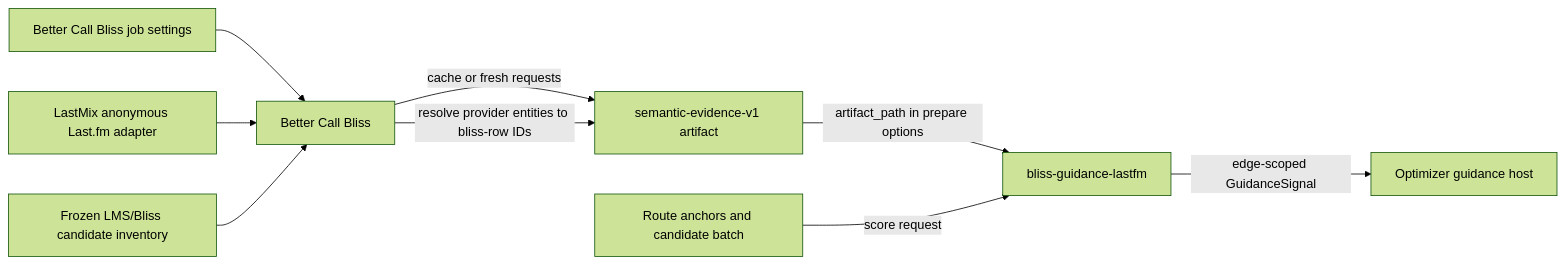
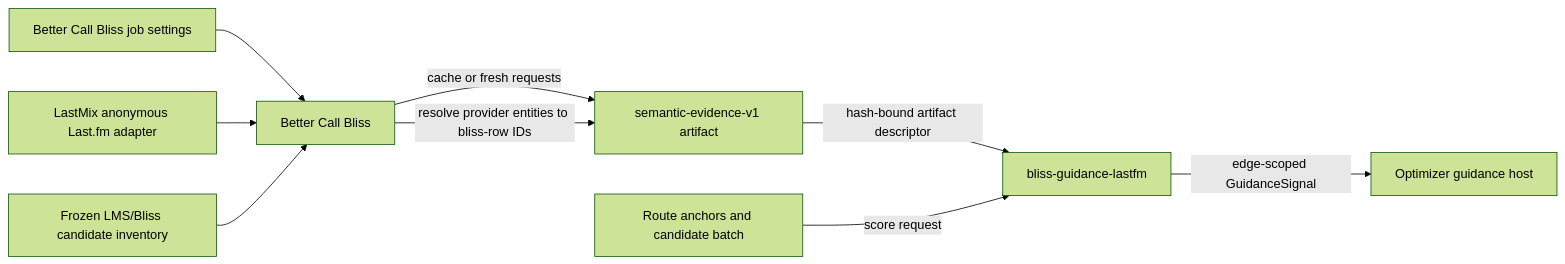
The diagram in README.md (chrober/bliss-guidance-lastfm), drawn with Mermaid (forest theme) before and after one commit. The commit also changed other lines of this file and 2 other files, not shown here.

Commit message:
feat: consume Last.fm artifacts through guidance SPI v2

````diff
--- a/README.md
+++ b/README.md
@@ -15,11 +15,11 @@
 ```mermaid
 flowchart LR
     S[Better Call Bliss job settings] --> B[Better Call Bliss]
     L[LastMix anonymous Last.fm adapter] --> B
     B -->|cache or fresh requests| E[semantic-evidence-v1 artifact]
     I[Frozen LMS/Bliss candidate inventory] --> B
     B -->|resolve provider entities to bliss-row IDs| E
-    E -->|artifact_path in prepare options| P[bliss-guidance-lastfm]
+    E -->|hash-bound artifact descriptor| P[bliss-guidance-lastfm]
     A[Route anchors and candidate batch] -->|score request| P
     P -->|edge-scoped GuidanceSignal| O[Optimizer guidance host]
 ```
````
